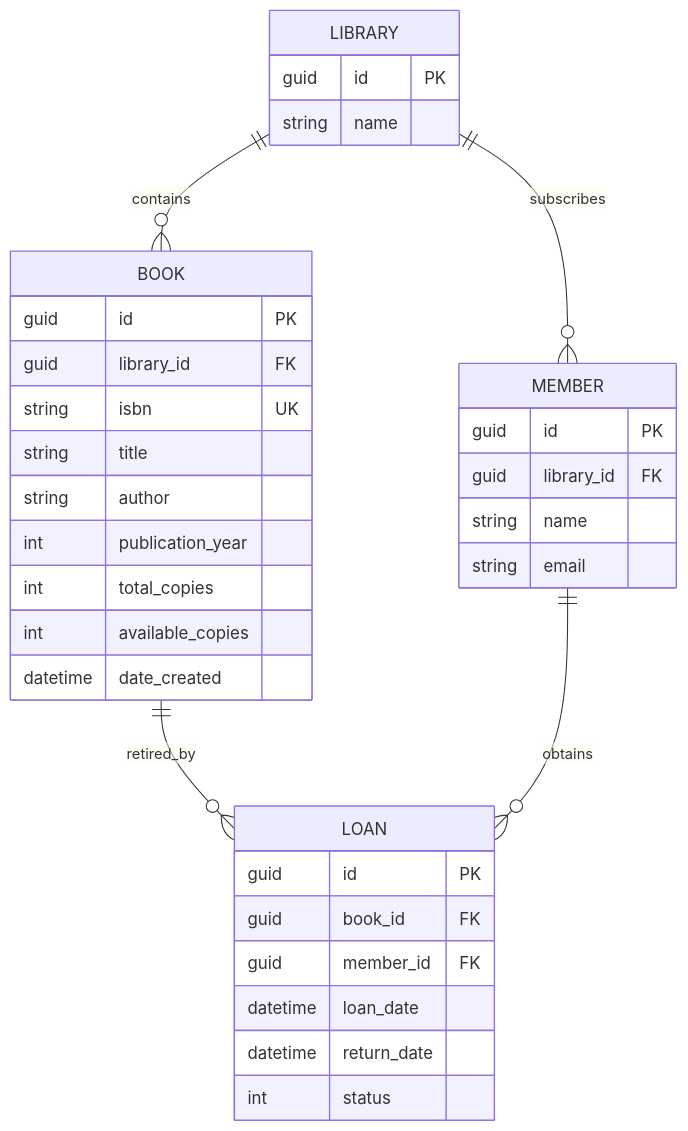
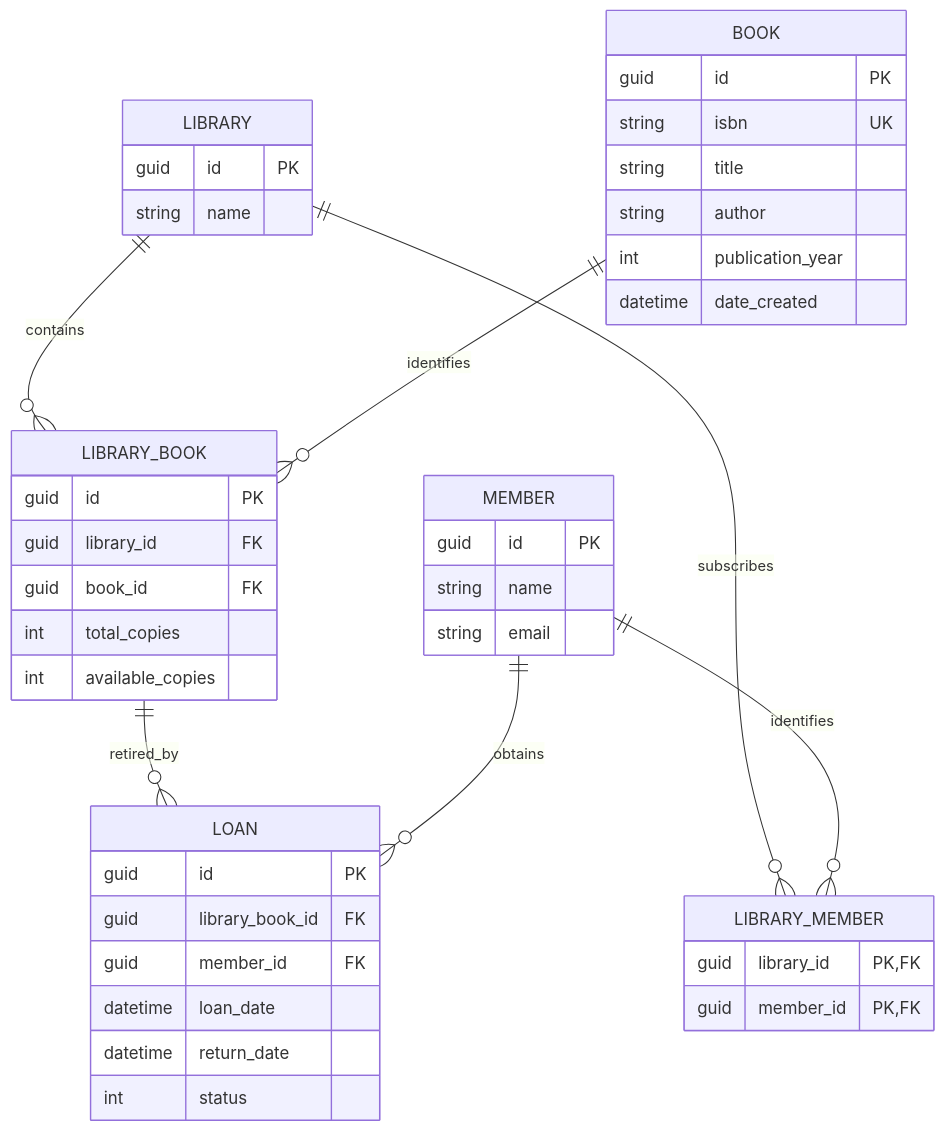
One commit to VSRP97/PruebaTecnicaJikkosoft changed the second of 2 diagrams in README.md. Above: the diagram before and after it, drawn with Mermaid. The commit also changed other lines of this file, not shown here.

Commit message:
Actualizacion de diagrama desarrollo 3 en el README

````diff
--- a/README.md
+++ b/README.md
@@ -163,37 +170,46 @@
 ```mermaid
 erDiagram
     direction TB
     l[LIBRARY]{
         guid id PK
         string name
     }
     m[MEMBER]{
         guid id PK
-        guid library_id FK
         string name
         string email
     }
+    lm[LIBRARY_MEMBER]{
+        guid library_id PK, FK
+        guid member_id PK, FK
+    }
     b[BOOK]{
         guid id PK
-        guid library_id FK
         string isbn UK
         string title
         string author
         int publication_year
+        datetime date_created
+    }
+    lb[LIBRARY_BOOK]{
+        guid id PK
+        guid library_id FK
+        guid book_id FK
         int total_copies
         int available_copies
-        datetime date_created
     }
     ln[LOAN]{
         guid id PK
-        guid book_id FK
+        guid library_book_id FK
         guid member_id FK
         datetime loan_date
         datetime return_date
         int status
     }
-    l ||--}o b : contains
-    l ||--}o m : subscribes
-    b ||--}o ln : retired_by
+    l ||--}o lb : contains
+    b ||--}o lb : identifies
+    l ||--}o lm : subscribes
+    m ||--}o lm : identifies
+    lb ||--}o ln : retired_by
     m ||--}o ln : obtains
 ```
````
